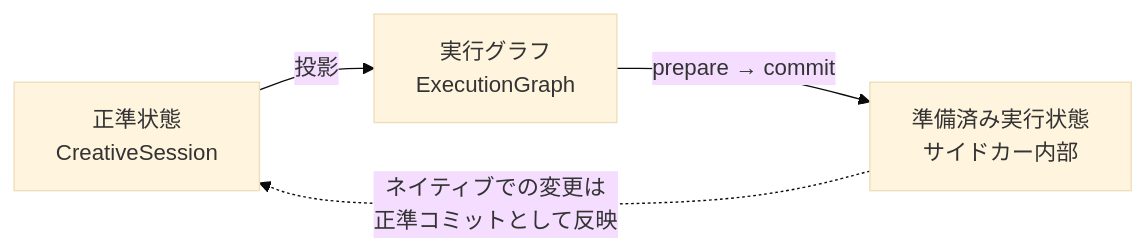
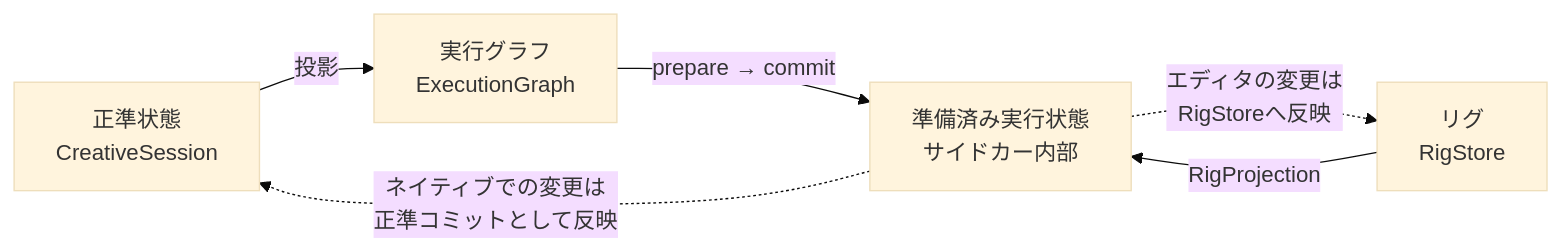
Before and after one commit to endo-ly/riffra: the third of 5 diagrams in docs/architecture.md, drawn with Mermaid (base theme). The commit also changed other lines of this file and 4 other files, not shown here.

````diff
--- a/docs/architecture.md
+++ b/docs/architecture.md
@@ -135,6 +135,8 @@
 ```mermaid
 flowchart LR
     CANON["正準状態<br/>CreativeSession"] -->|"投影"| GRAPH["実行グラフ<br/>ExecutionGraph"]
     GRAPH -->|"prepare → commit"| PREP["準備済み実行状態<br/>サイドカー内部"]
     PREP -.->|"ネイティブでの変更は<br/>正準コミットとして反映"| CANON
+    RIG["リグ<br/>RigStore"] -->|"RigProjection"| PREP
+    PREP -.->|"エディタの変更は<br/>RigStoreへ反映"| RIG
 ```
````
